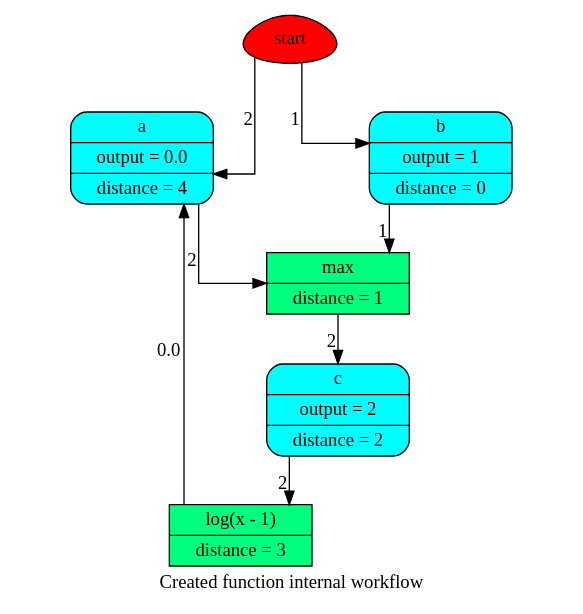
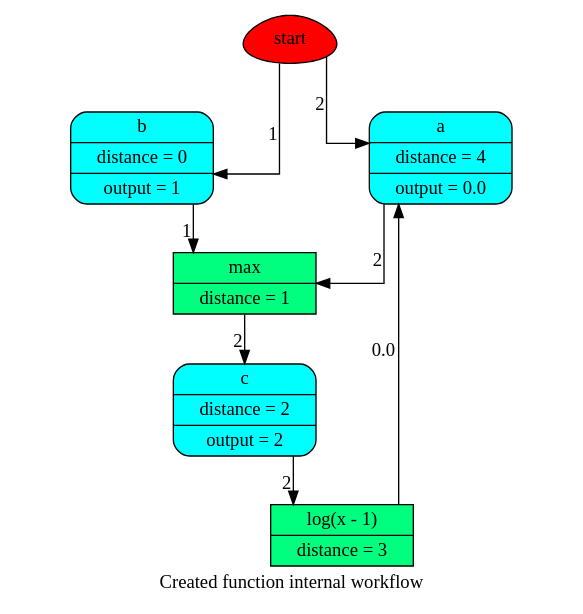
Before and after one commit to vinci1it2000/schedula: the diagram in doc/source/dispatcher/utils/dsp/SubDispatchFunction_wf1.dot, drawn with Graphviz. The commit also changed 22 other files, not shown here.

```diff
--- a/doc/source/dispatcher/utils/dsp/SubDispatchFunction_wf1.dot
+++ b/doc/source/dispatcher/utils/dsp/SubDispatchFunction_wf1.dot
@@ -1,19 +1,19 @@
 digraph "Created function internal" {
 	graph [ratio=1]
 	node [style=filled]
 	splines = ortho
 	label = "Created function internal workflow"
-		"Created function internal_4373709112" [label=start fillcolor=red shape=egg]
-		"Created function internal_-5808971430925528376" [label="{ max | distance = 1 }" fillcolor=springgreen shape=record]
-		"Created function internal_-7122603177858460539" [label="{ c | output = 2 | distance = 2 }" fillcolor=cyan shape=Mrecord]
-		"Created function internal_4092861774578259925" [label="{ log(x - 1) | distance = 3 }" fillcolor=springgreen shape=record]
-		"Created function internal_-8678671152349271859" [label="{ a | output = 0.0 | distance = 4 }" fillcolor=cyan shape=Mrecord]
-		"Created function internal_5198365931108737741" [label="{ b | output = 1 | distance = 0 }" fillcolor=cyan shape=Mrecord]
-			"Created function internal_-5808971430925528376" -> "Created function internal_-7122603177858460539" [xlabel=2]
-			"Created function internal_-7122603177858460539" -> "Created function internal_4092861774578259925" [xlabel=2]
-			"Created function internal_4373709112" -> "Created function internal_-8678671152349271859" [xlabel=2]
-			"Created function internal_4373709112" -> "Created function internal_5198365931108737741" [xlabel=1]
-			"Created function internal_4092861774578259925" -> "Created function internal_-8678671152349271859" [xlabel=0.0]
-			"Created function internal_-8678671152349271859" -> "Created function internal_-5808971430925528376" [xlabel=2]
-			"Created function internal_5198365931108737741" -> "Created function internal_-5808971430925528376" [xlabel=1]
+		"Created function internal_4372611384" [label=start fillcolor=red shape=egg]
+		"Created function internal_-7776202301500148952" [label="{ a | distance = 4 | output = 0.0 }" fillcolor=cyan shape=Mrecord]
+		"Created function internal_1161704250910580454" [label="{ c | distance = 2 | output = 2 }" fillcolor=cyan shape=Mrecord]
+		"Created function internal_111599239085909793" [label="{ max | distance = 1 }" fillcolor=springgreen shape=record]
+		"Created function internal_3991438207156285308" [label="{ log(x - 1) | distance = 3 }" fillcolor=springgreen shape=record]
+		"Created function internal_3212931600518739037" [label="{ b | distance = 0 | output = 1 }" fillcolor=cyan shape=Mrecord]
+			"Created function internal_-7776202301500148952" -> "Created function internal_111599239085909793" [xlabel=2]
+			"Created function internal_1161704250910580454" -> "Created function internal_3991438207156285308" [xlabel=2]
+			"Created function internal_111599239085909793" -> "Created function internal_1161704250910580454" [xlabel=2]
+			"Created function internal_4372611384" -> "Created function internal_-7776202301500148952" [xlabel=2]
+			"Created function internal_4372611384" -> "Created function internal_3212931600518739037" [xlabel=1]
+			"Created function internal_3991438207156285308" -> "Created function internal_-7776202301500148952" [xlabel=0.0]
+			"Created function internal_3212931600518739037" -> "Created function internal_111599239085909793" [xlabel=1]
 }
```
